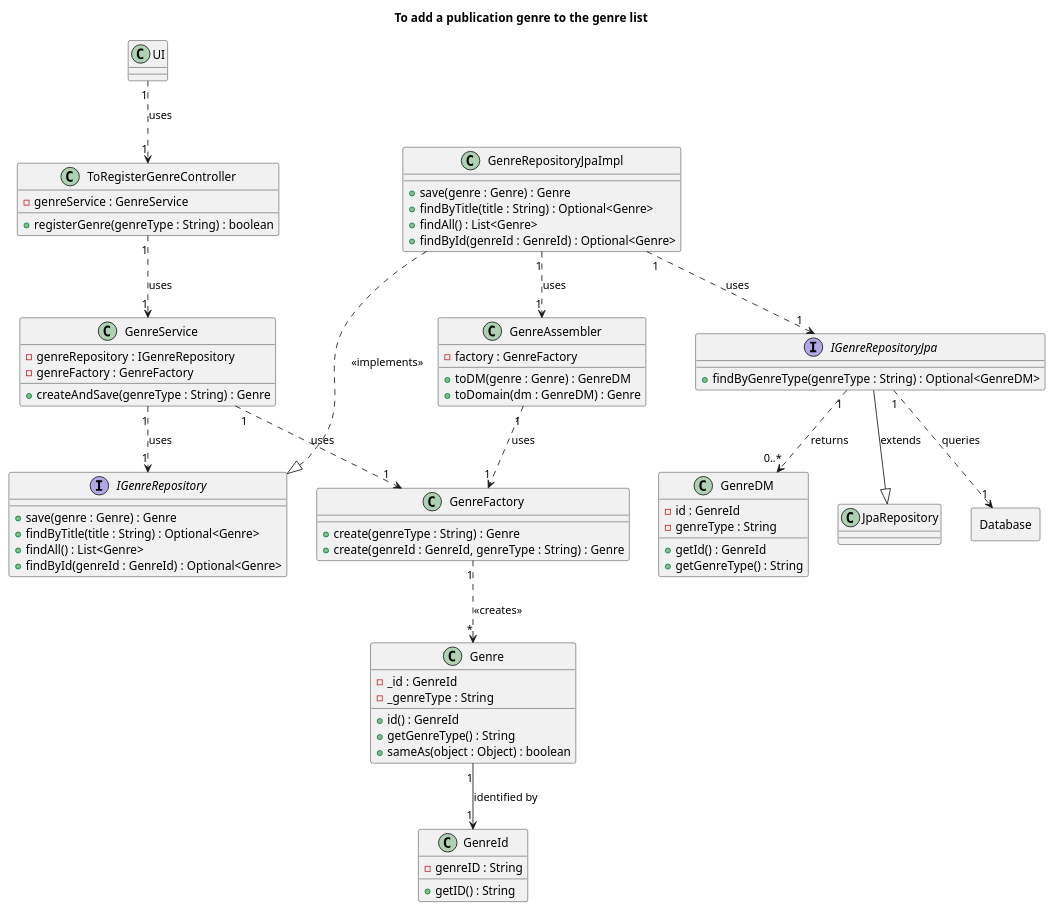
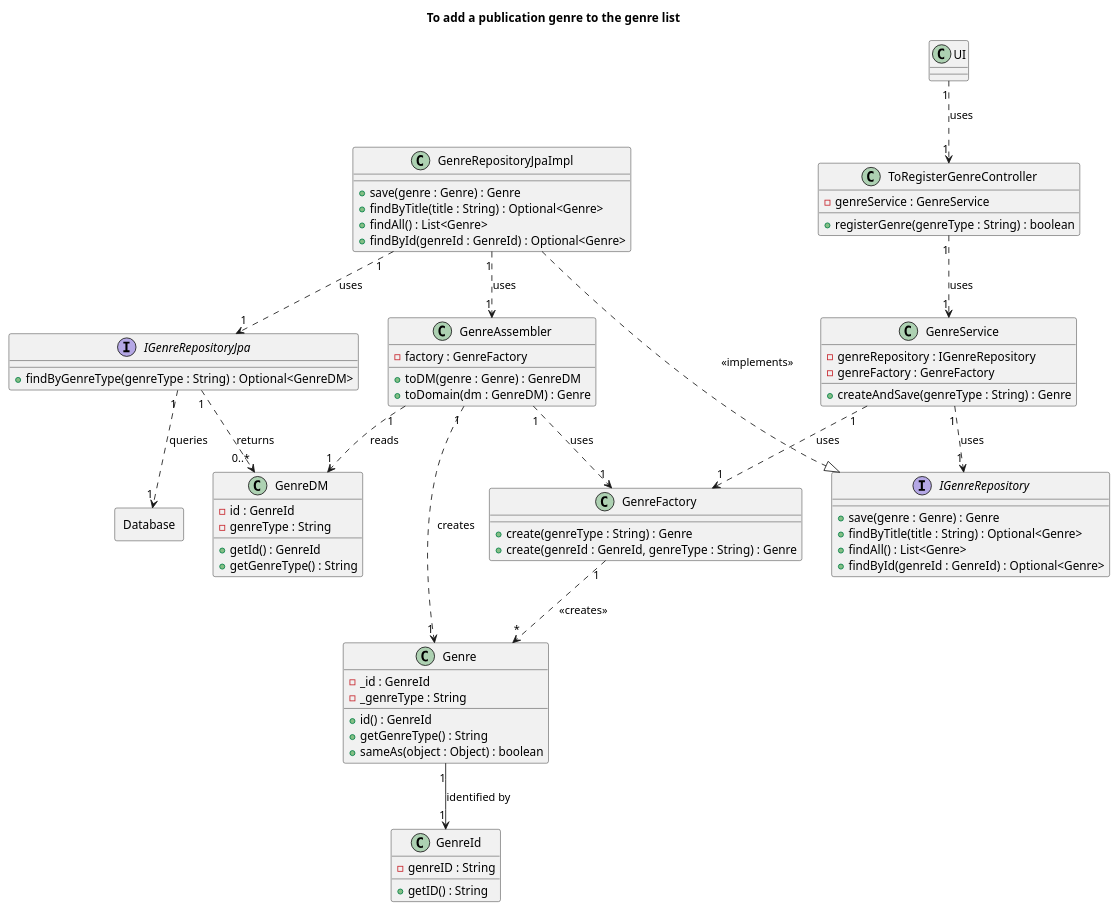
The diagram in Diagrams/ClassDiagrams/To-add-a-publication-genre-to-the-genre-list.puml (AndrePereiraGitH/SWitCH-Project-Team_A), drawn with PlantUML before and after one commit. The commit also changed 1 other file, not shown here.

Commit message:
fix: update US003 class and sequence diagrams to address PR review comments #754

```diff
--- a/Diagrams/ClassDiagrams/To-add-a-publication-genre-to-the-genre-list.puml
+++ b/Diagrams/ClassDiagrams/To-add-a-publication-genre-to-the-genre-list.puml
@@ -1,106 +1,107 @@
 @startuml
 title To add a publication genre to the genre list
 
 ' _____________________
 ' UI
 ' _____________________
 
 class UI {
 }
 
 ' _____________________
 ' DOMAIN
 ' _____________________
 
 interface IGenreRepository {
   + save(genre : Genre) : Genre
   + findByTitle(title : String) : Optional<Genre>
   + findAll() : List<Genre>
   + findById(genreId : GenreId) : Optional<Genre>
 }
 
 class Genre {
   - _id : GenreId
   - _genreType : String
   + id() : GenreId
   + getGenreType() : String
   + sameAs(object : Object) : boolean
 }
 
 class GenreId {
   - genreID : String
   + getID() : String
 }
 
 class GenreFactory {
   + create(genreType : String) : Genre
   + create(genreId : GenreId, genreType : String) : Genre
 }
 
 Genre "1" --> "1" GenreId : identified by
 GenreFactory "1" ..> "*" Genre : <<creates>>
 
 ' ______________________
 ' APPLICATION
 ' ______________________
 
 class ToRegisterGenreController {
   - genreService : GenreService
   + registerGenre(genreType : String) : boolean
 }
 
 class GenreService {
   - genreRepository : IGenreRepository
   - genreFactory : GenreFactory
   + createAndSave(genreType : String) : Genre
 }
 
 ' ___________________
 ' PERSISTENCE
 ' ___________________
 
 class GenreRepositoryJpaImpl {
   + save(genre : Genre) : Genre
   + findByTitle(title : String) : Optional<Genre>
   + findAll() : List<Genre>
   + findById(genreId : GenreId) : Optional<Genre>
 }
 
 interface IGenreRepositoryJpa {
   + findByGenreType(genreType : String) : Optional<GenreDM>
 }
 
 class GenreAssembler {
   - factory : GenreFactory
   + toDM(genre : Genre) : GenreDM
   + toDomain(dm : GenreDM) : Genre
 }
 
 class GenreDM {
   - id : GenreId
   - genreType : String
   + getId() : GenreId
   + getGenreType() : String
 }
 
 rectangle Database {
 }
 
 GenreRepositoryJpaImpl ..|> IGenreRepository : <<implements>>
 GenreRepositoryJpaImpl "1" ..> "1" IGenreRepositoryJpa : uses
 GenreRepositoryJpaImpl "1" ..> "1" GenreAssembler : uses
-IGenreRepositoryJpa --|> JpaRepository : extends
-GenreAssembler "1" ..> "1" GenreFactory : uses
 IGenreRepositoryJpa "1" ..> "0..*" GenreDM : returns
 IGenreRepositoryJpa "1" ..> "1" Database : queries
+GenreAssembler "1" ..> "1" GenreFactory : uses
+GenreAssembler "1" ..> "1" GenreDM : reads
+GenreAssembler "1" ..> "1" Genre : creates
 
 ' _____________________
 ' DEPENDENCIES
 ' _____________________
 
 UI "1" ..> "1" ToRegisterGenreController : uses
 ToRegisterGenreController "1" ..> "1" GenreService : uses
 GenreService "1" ..> "1" IGenreRepository : uses
 GenreService "1" ..> "1" GenreFactory : uses
 
 @enduml
```
